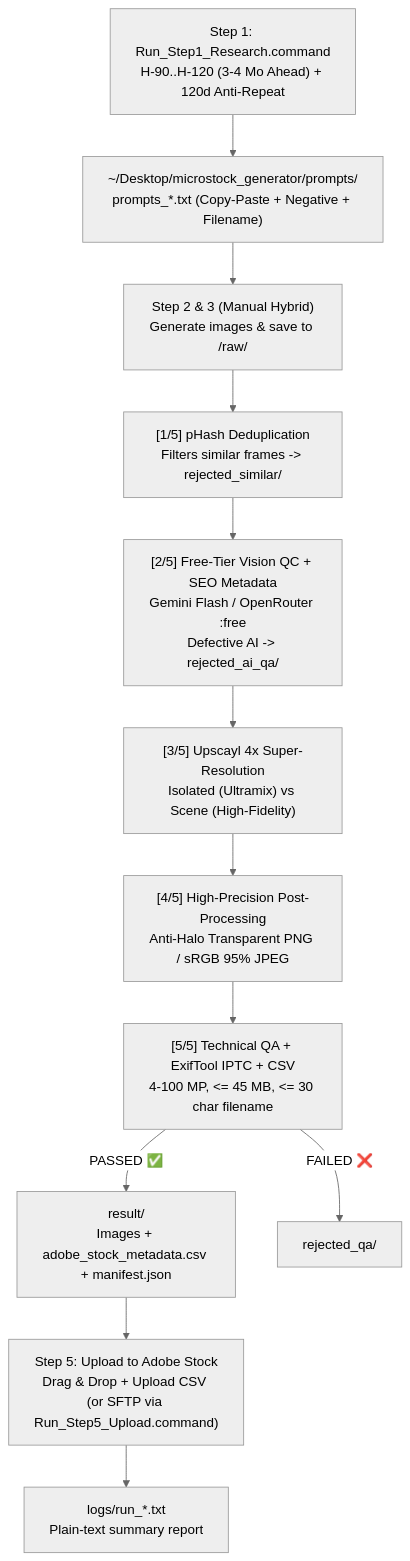
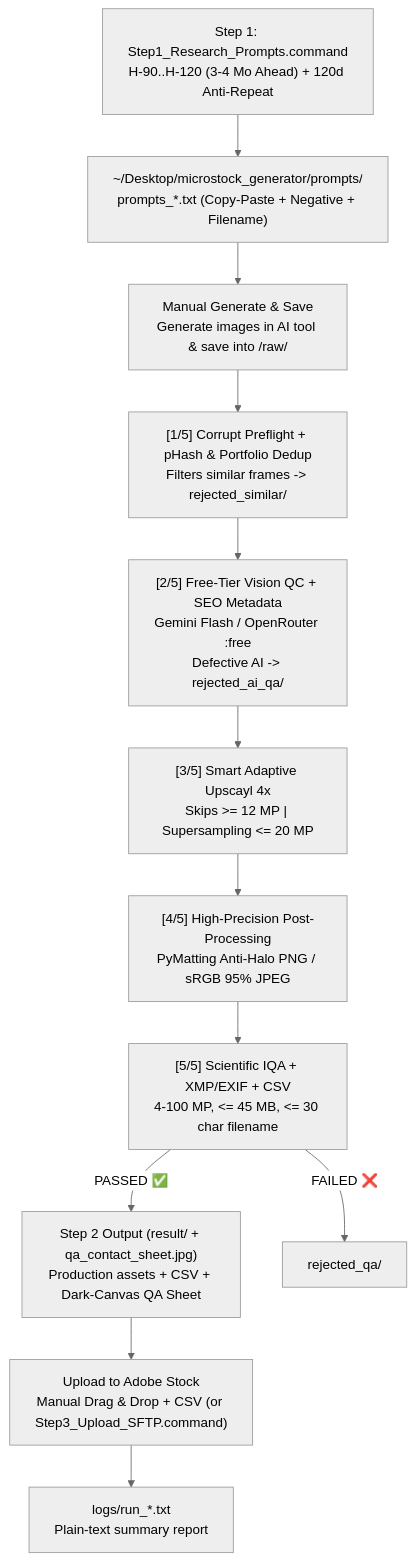
The diagram in README.md (bamsmart/microstock-generator), drawn with Mermaid (neutral theme) before and after one commit. The commit also changed other lines of this file and 29 other files, not shown here.

````diff
--- a/README.md
+++ b/README.md
@@ -45,14 +46,14 @@
 ```mermaid
 flowchart TD
-    S1["Step 1: Run_Step1_Research.command<br>H-90..H-120 (3-4 Mo Ahead) + 120d Anti-Repeat"] --> P1["~/Desktop/microstock_generator/prompts/<br>prompts_*.txt (Copy-Paste + Negative + Filename)"]
-    P1 --> S2["Step 2 & 3 (Manual Hybrid)<br>Generate images & save to <batch>/raw/"]
-    S2 --> B["[1/5] pHash Deduplication<br>Filters similar frames -> rejected_similar/"]
+    S1["Step 1: Step1_Research_Prompts.command<br>H-90..H-120 (3-4 Mo Ahead) + 120d Anti-Repeat"] --> P1["~/Desktop/microstock_generator/prompts/<br>prompts_*.txt (Copy-Paste + Negative + Filename)"]
+    P1 --> S2["Manual Generate & Save<br>Generate images in AI tool & save into <batch>/raw/"]
+    S2 --> B["[1/5] Corrupt Preflight + pHash & Portfolio Dedup<br>Filters similar frames -> rejected_similar/"]
     B --> V["[2/5] Free-Tier Vision QC + SEO Metadata<br>Gemini Flash / OpenRouter :free<br>Defective AI -> rejected_ai_qa/"]
-    V --> U["[3/5] Upscayl 4x Super-Resolution<br>Isolated (Ultramix) vs Scene (High-Fidelity)"]
-    U --> PP["[4/5] High-Precision Post-Processing<br>Anti-Halo Transparent PNG / sRGB 95% JPEG"]
-    PP --> QA["[5/5] Technical QA + ExifTool IPTC + CSV<br>4-100 MP, <= 45 MB, <= 30 char filename"]
-    QA -->|"PASSED ✅"| RES["result/<br>Images + adobe_stock_metadata.csv + manifest.json"]
+    V --> U["[3/5] Smart Adaptive Upscayl 4x<br>Skips >= 12 MP | Supersampling <= 20 MP"]
+    U --> PP["[4/5] High-Precision Post-Processing<br>PyMatting Anti-Halo PNG / sRGB 95% JPEG"]
+    PP --> QA["[5/5] Scientific IQA + XMP/EXIF + CSV<br>4-100 MP, <= 45 MB, <= 30 char filename"]
+    QA -->|"PASSED ✅"| RES["Step 2 Output (result/ + qa_contact_sheet.jpg)<br>Production assets + CSV + Dark-Canvas QA Sheet"]
     QA -->|"FAILED ❌"| REJ["rejected_qa/"]
-    RES --> UP["Step 5: Upload to Adobe Stock<br>Drag & Drop + Upload CSV (or SFTP via Run_Step5_Upload.command)"]
+    RES --> UP["Upload to Adobe Stock<br>Manual Drag & Drop + CSV (or Step3_Upload_SFTP.command)"]
     UP --> LOG["logs/run_*.txt<br>Plain-text summary report"]
 ```
````
